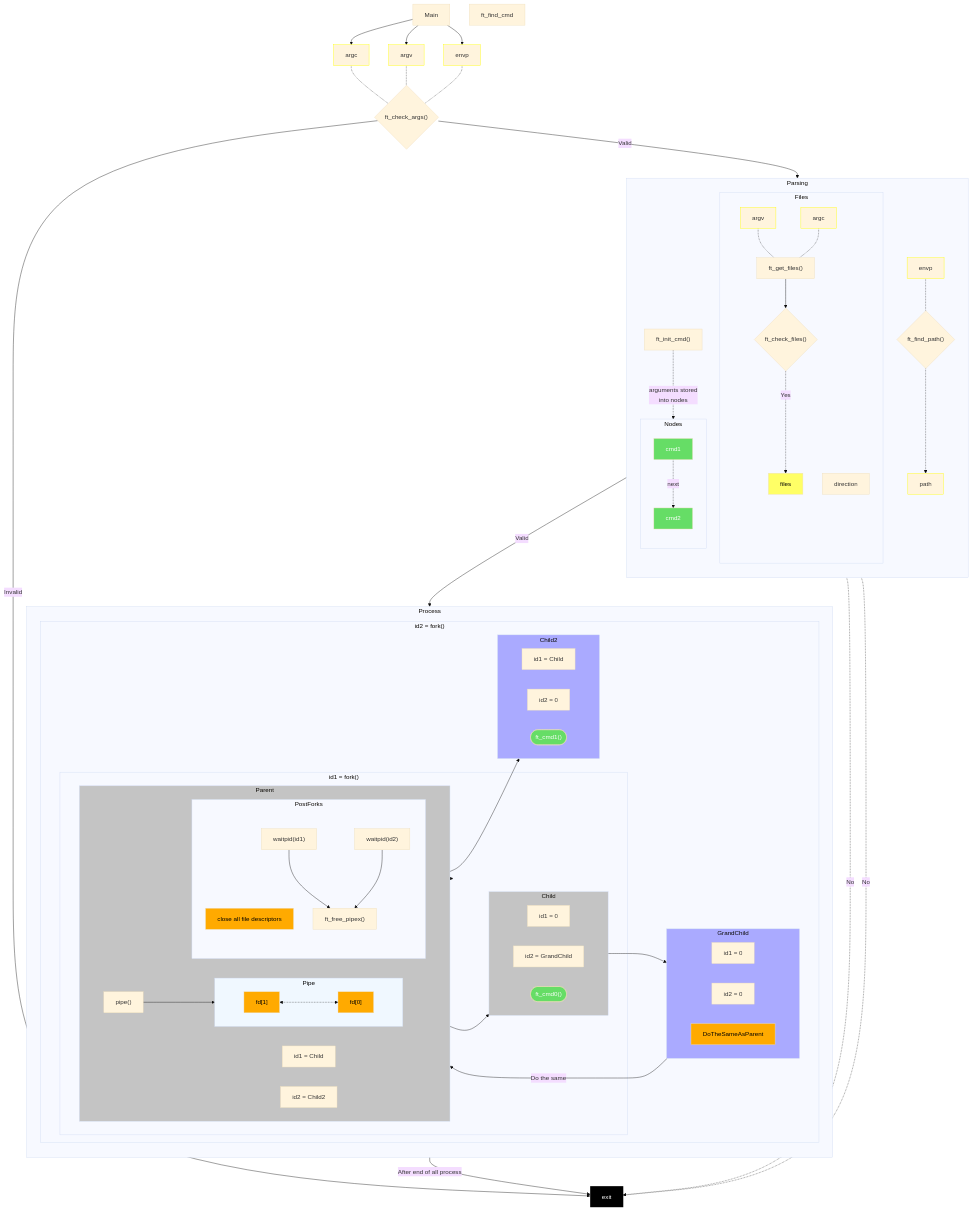
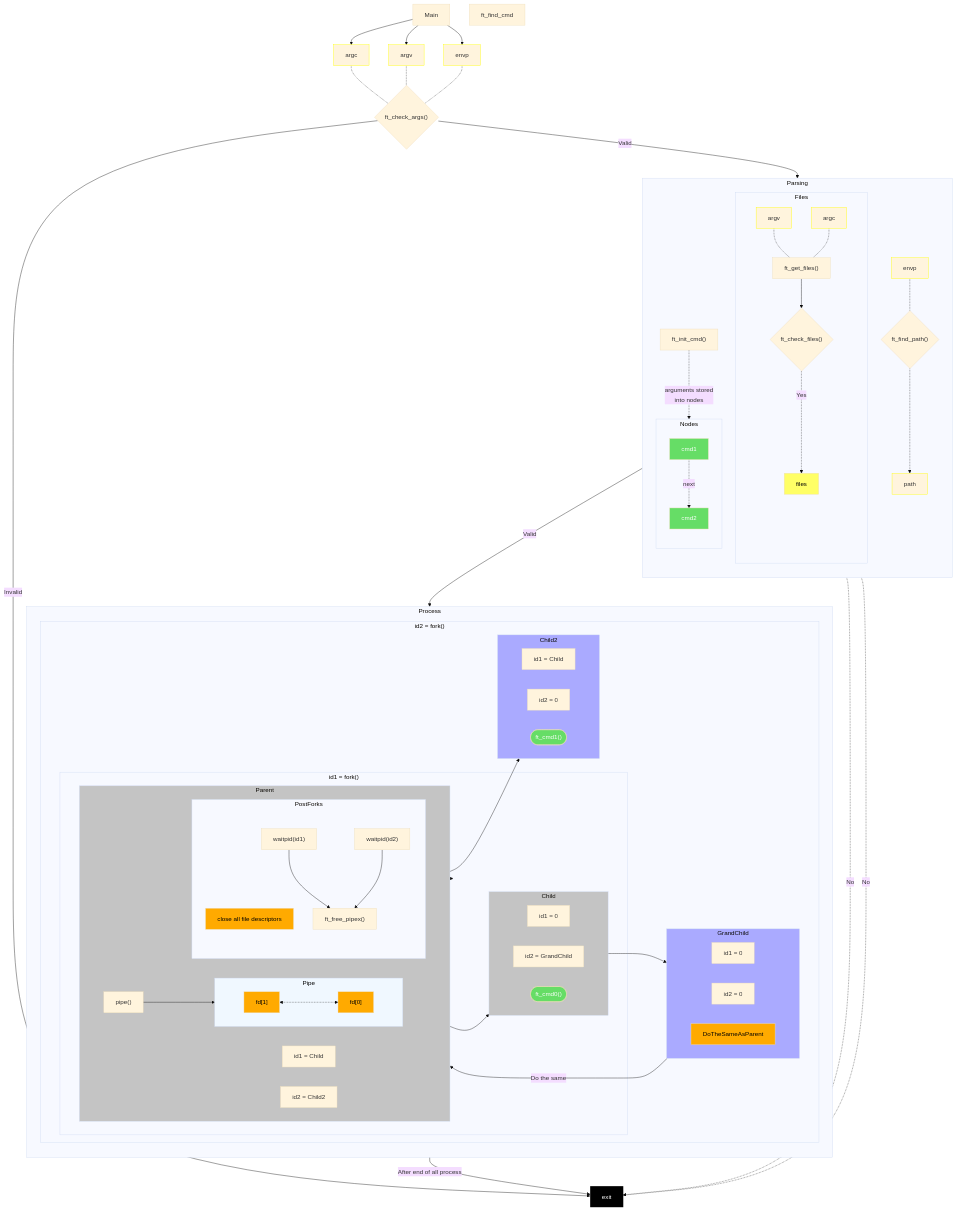
Before and after one commit to Tablerase/42_Projects: the second of 11 diagrams in Pipex/README.md, drawn with Mermaid (base theme). The commit also changed other lines of this file and 1 other file, not shown here.

```diff
--- a/Pipex/README.md
+++ b/Pipex/README.md
@@ -109,7 +109,6 @@
   subgraph A["Parsing"]
     direction TB
     subgraph Files
-      direction
       files:::file
       argv2[argv]:::data
       argc2[argc]:::data
```
